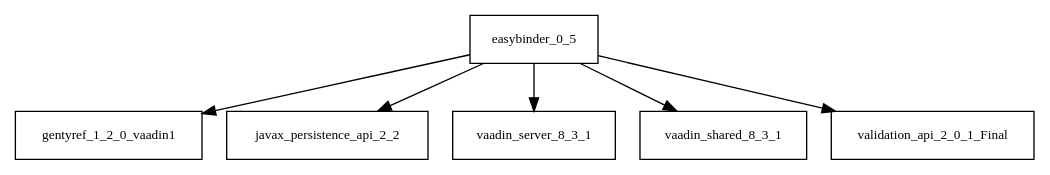
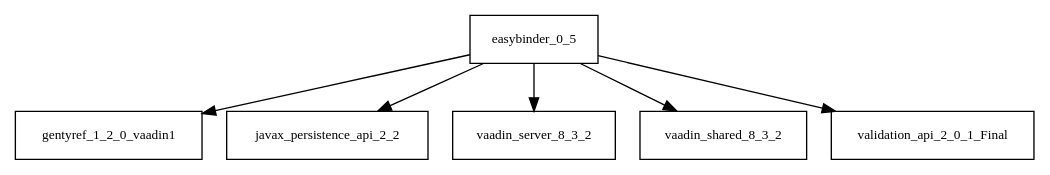
One commit to sjvs/cia changed the diagram in tattleTaleReport/graphviz/easybinder-0.5.jar/easybinder-0.5.jar.dot. Above: the diagram before and after it, drawn with Graphviz. The commit also changed 1517 other files, not shown here.

```diff
--- a/tattleTaleReport/graphviz/easybinder-0.5.jar/easybinder-0.5.jar.dot
+++ b/tattleTaleReport/graphviz/easybinder-0.5.jar/easybinder-0.5.jar.dot
@@ -1,8 +1,8 @@
 digraph easybinder_0_5_dependencies {
   node [shape = box, fontsize=10.0];
   easybinder_0_5 -> gentyref_1_2_0_vaadin1;
   easybinder_0_5 -> javax_persistence_api_2_2;
-  easybinder_0_5 -> vaadin_server_8_3_1;
-  easybinder_0_5 -> vaadin_shared_8_3_1;
+  easybinder_0_5 -> vaadin_server_8_3_2;
+  easybinder_0_5 -> vaadin_shared_8_3_2;
   easybinder_0_5 -> validation_api_2_0_1_Final;
 }
```
